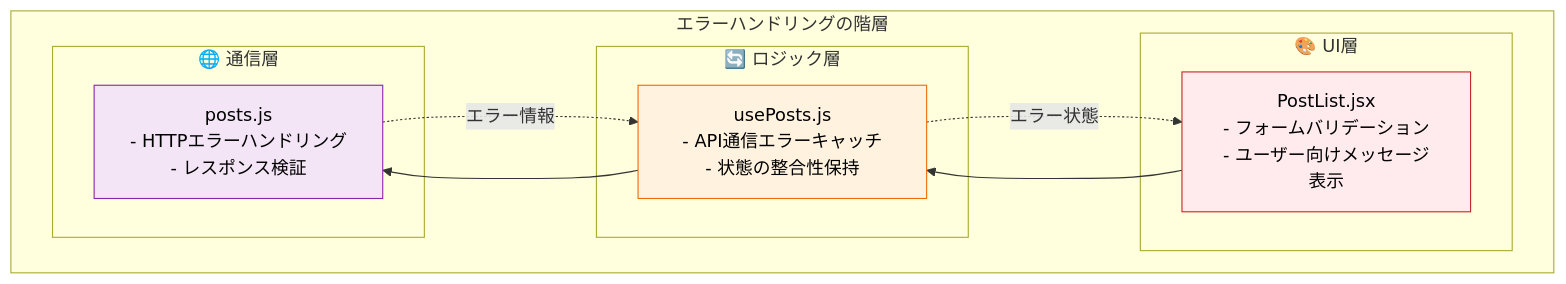
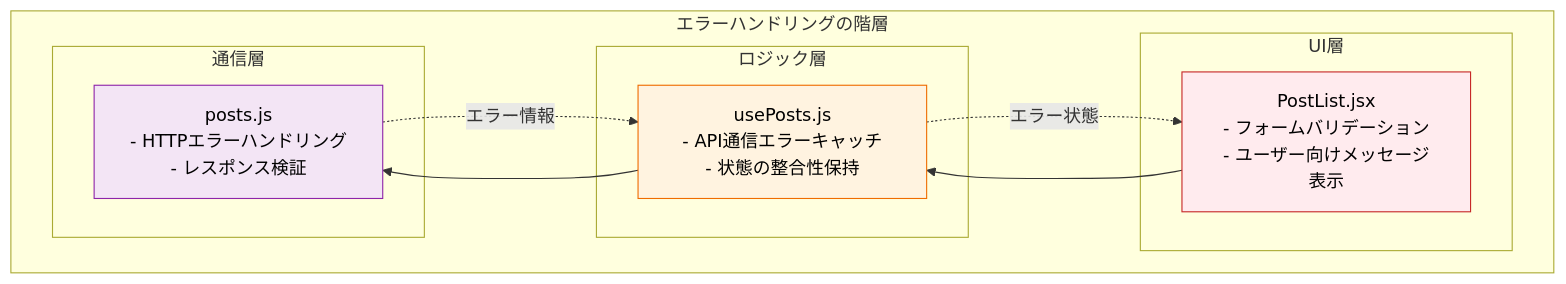
Before and after one commit to KITA-DS12/web-app-simple: diagram 15 of 29 in lecture-materials.md, drawn with Mermaid. The commit also changed other lines of this file, not shown here.

````diff
--- a/lecture-materials.md
+++ b/lecture-materials.md
@@ -1022,30 +1022,30 @@
 ```mermaid
 graph TD
     subgraph "エラーハンドリングの階層"
-        subgraph "🎨 UI層"
+        subgraph "UI層"
             UI_ERROR["PostList.jsx#10;- フォームバリデーション#10;- ユーザー向けメッセージ表示"]
         end
-        
-        subgraph "🔄 ロジック層"
+
+        subgraph "ロジック層"
             LOGIC_ERROR["usePosts.js#10;- API通信エラーキャッチ#10;- 状態の整合性保持"]
         end
-        
-        subgraph "🌐 通信層"
+
+        subgraph "通信層"
             API_ERROR["posts.js#10;- HTTPエラーハンドリング#10;- レスポンス検証"]
         end
-        
+
         UI_ERROR --> LOGIC_ERROR
         LOGIC_ERROR --> API_ERROR
-        
+
         API_ERROR -.->|エラー情報| LOGIC_ERROR
         LOGIC_ERROR -.->|エラー状態| UI_ERROR
     end
-    
+
     classDef ui fill:#FFEBEE,stroke:#C62828,color:#000
     classDef logic fill:#FFF3E0,stroke:#EF6C00,color:#000
     classDef api fill:#F3E5F5,stroke:#8E24AA,color:#000
-    
+
     class UI_ERROR ui
     class LOGIC_ERROR logic
     class API_ERROR api
 ```
````
